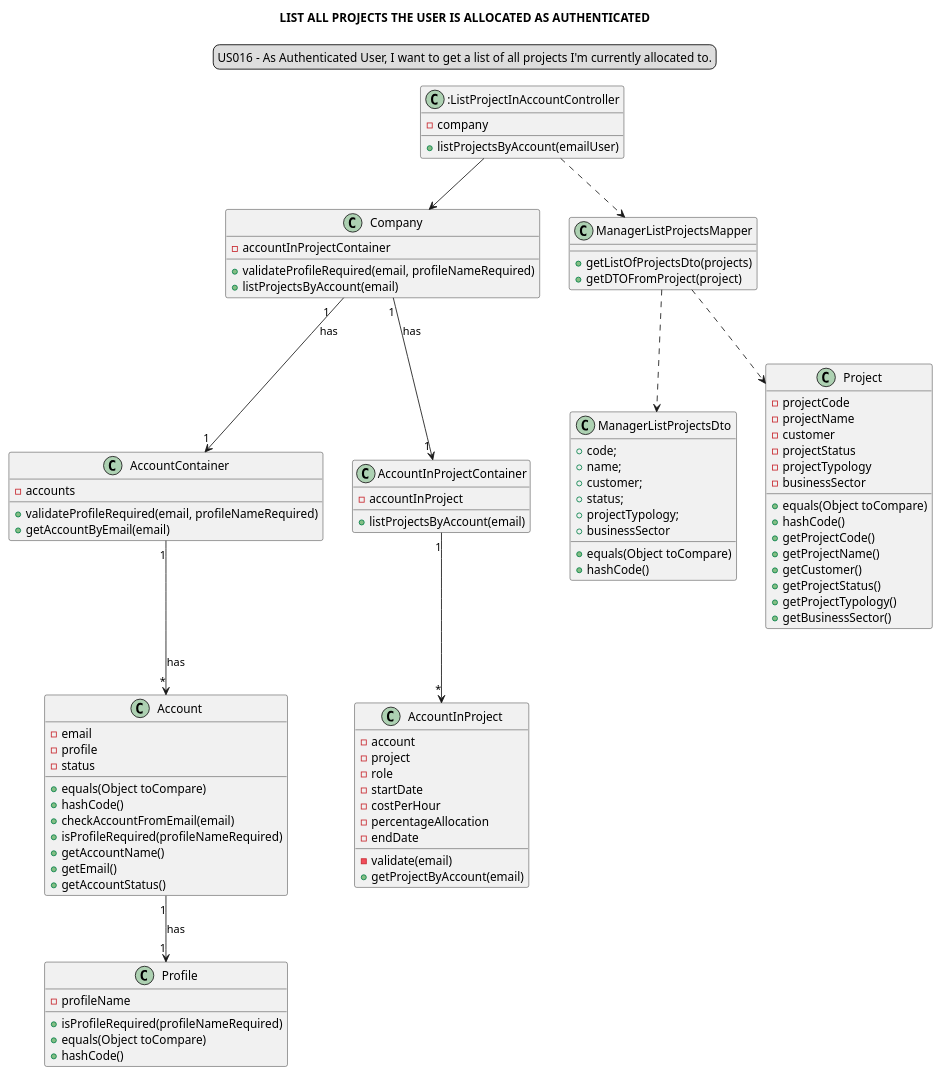
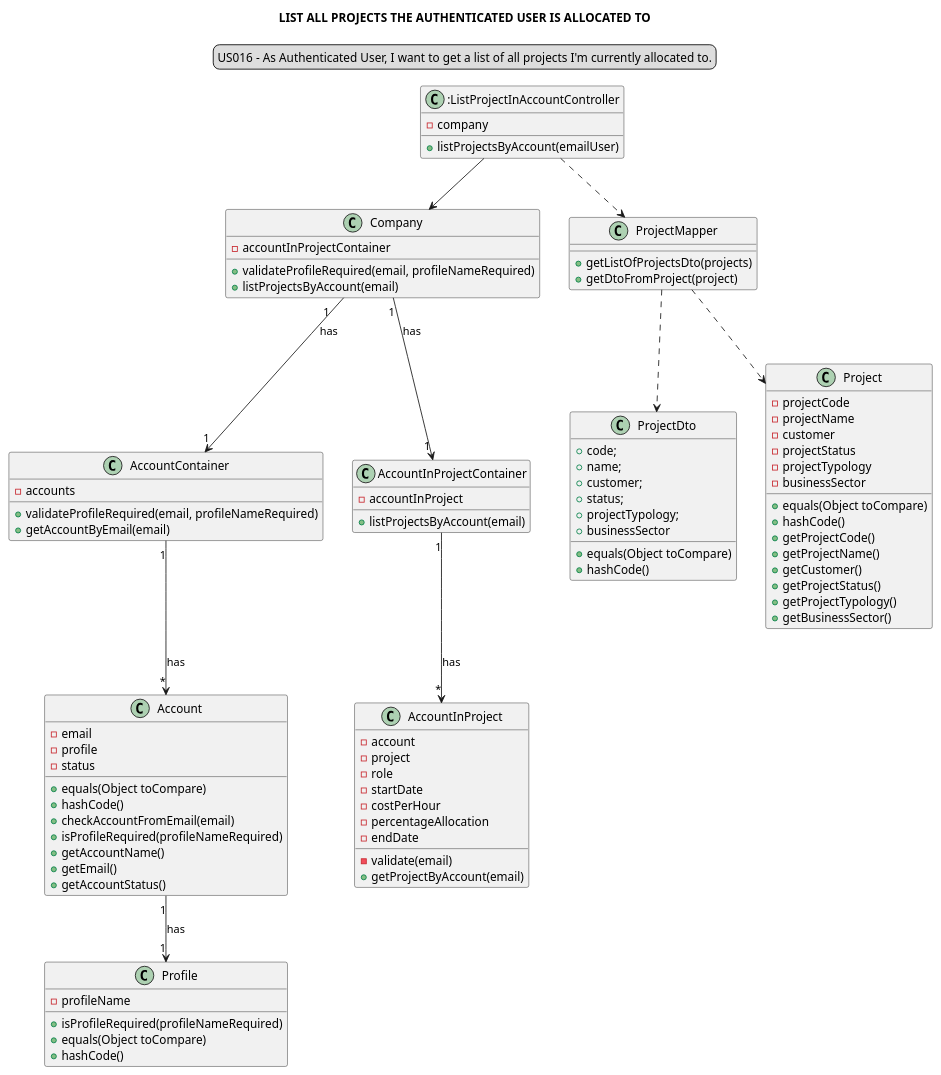
One commit to Loracline/project_switch_22-23 changed the diagram in docs/modelling_design/user_stories/sprint02/us016/US016_classDiagram.puml. Above: the diagram before and after it, drawn with PlantUML. The commit also changed 20 other files, not shown here.

```diff
--- a/docs/modelling_design/user_stories/sprint02/us016/US016_classDiagram.puml
+++ b/docs/modelling_design/user_stories/sprint02/us016/US016_classDiagram.puml
@@ -1,109 +1,108 @@
 @startuml
-'https://plantuml.com/sequence-diagram
 
 legend top
 US016 - As Authenticated User, I want to get a list of all projects I'm currently allocated to.
 end legend
 skinparam sequenceMessageAlign center
-title LIST ALL PROJECTS THE USER IS ALLOCATED AS AUTHENTICATED
+title LIST ALL PROJECTS THE AUTHENTICATED USER IS ALLOCATED TO
 
 class ":ListProjectInAccountController" {
 - company
 + listProjectsByAccount(emailUser)
 }
+
 class "Company" {
 - accountInProjectContainer
 +validateProfileRequired(email, profileNameRequired)
 + listProjectsByAccount(email)
 }
 
 class "AccountContainer" {
 -accounts
 +validateProfileRequired(email, profileNameRequired)
 +getAccountByEmail(email)
 }
 
 class "Account" {
 -email
 -profile
 -status
 +equals(Object toCompare)
 +hashCode()
 +checkAccountFromEmail(email)
 +isProfileRequired(profileNameRequired)
 +getAccountName()
 +getEmail()
 +getAccountStatus()
 }
 
 class "Profile"{
 -profileName
 +isProfileRequired(profileNameRequired)
 +equals(Object toCompare)
 +hashCode()
 }
 
-
 class "AccountInProjectContainer"{
 - accountInProject
 + listProjectsByAccount(email)
 }
 
 class "AccountInProject"{
 -account
 -project
 -role
 -startDate
 -costPerHour
 -percentageAllocation
 -endDate
 -validate(email)
 + getProjectByAccount(email)
 }
 
-class "ManagerListProjectsMapper"{
+class "ProjectMapper"{
 +getListOfProjectsDto(projects)
-+getDTOFromProject(project)
++getDtoFromProject(project)
 }
 
-class "ManagerListProjectsDto"{
+class "ProjectDto"{
 +code;
 +name;
 +customer;
 +status;
 +projectTypology;
 +businessSector
 +equals(Object toCompare)
 +hashCode()
 }
 
 class "Project"{
 -projectCode
 -projectName
 -customer
 -projectStatus
 -projectTypology
 -businessSector
 +equals(Object toCompare)
 +hashCode()
 +getProjectCode()
 +getProjectName()
 +getCustomer()
 +getProjectStatus()
 +getProjectTypology()
 +getBusinessSector()
 }
 
-"ManagerListProjectsMapper" ..> "Project"
+"ProjectMapper" ..> "Project"
 ":ListProjectInAccountController"-->"Company"
 "Company" "1"--> "     1""AccountInProjectContainer": has
 "Company" "1   " --> "     1" "AccountContainer": has
-"AccountInProjectContainer" "1"--> "*" "AccountInProject"
+"AccountInProjectContainer" "1"--> "*" "AccountInProject": has
 "AccountContainer" "1" --> "*" "Account": has
 "Account" "1" --> "1""Profile": has
-":ListProjectInAccountController"..> "ManagerListProjectsMapper"
-"ManagerListProjectsMapper"..> "ManagerListProjectsDto"
+":ListProjectInAccountController"..> "ProjectMapper"
+"ProjectMapper"..> "ProjectDto"
 
 
 
 @enduml
```
